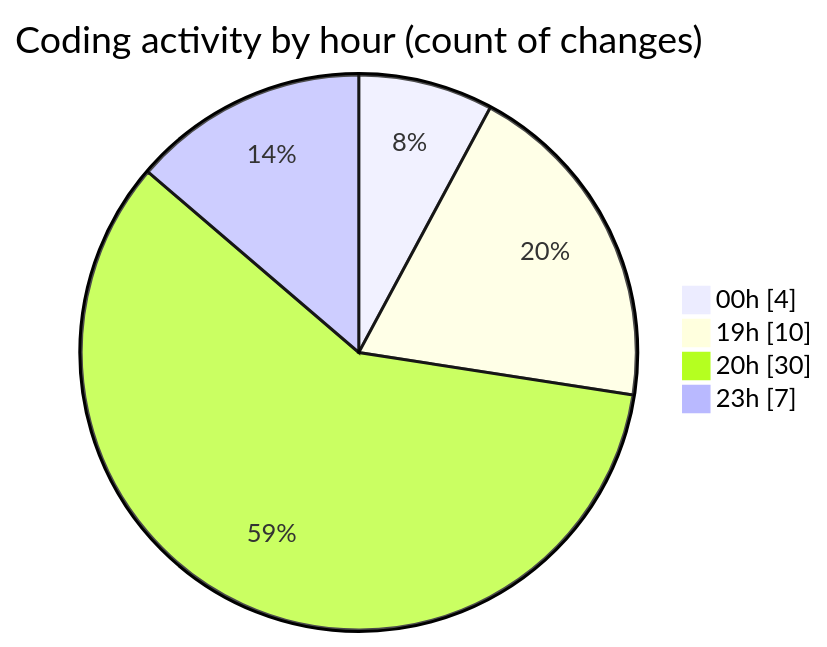
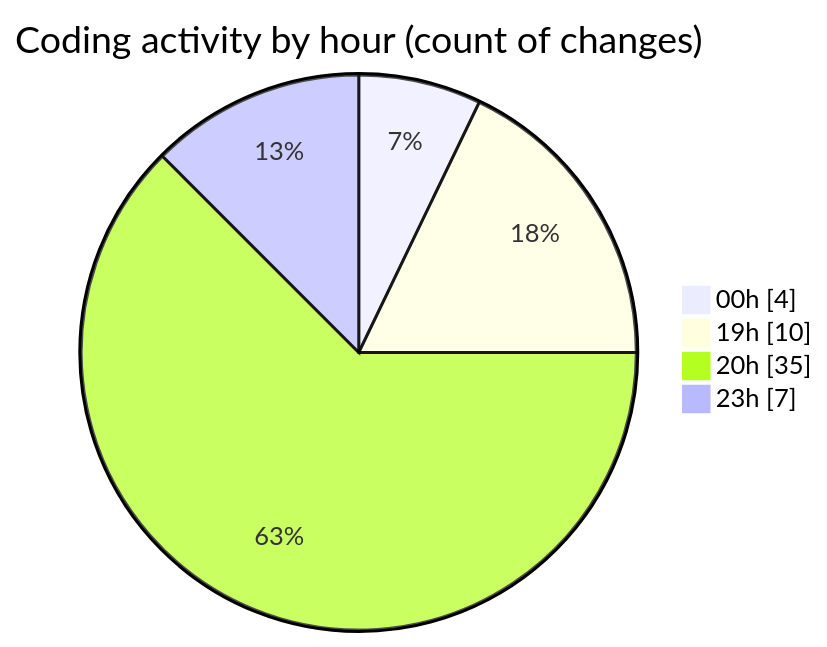
Before and after one commit to momahboobian/code-tracking: the second of 2 diagrams in 2025-02-27/cda/README.md, drawn with Mermaid. The commit also changed other lines of this file and 1 other file, not shown here.

````diff
--- a/2025-02-27/cda/README.md
+++ b/2025-02-27/cda/README.md
@@ -37,8 +38,8 @@
 ```mermaid
 pie showData
 title Coding activity by hour (count of changes)
 "00h" : 4
 "19h" : 10
-"20h" : 30
+"20h" : 35
 "23h" : 7
 ```
````
